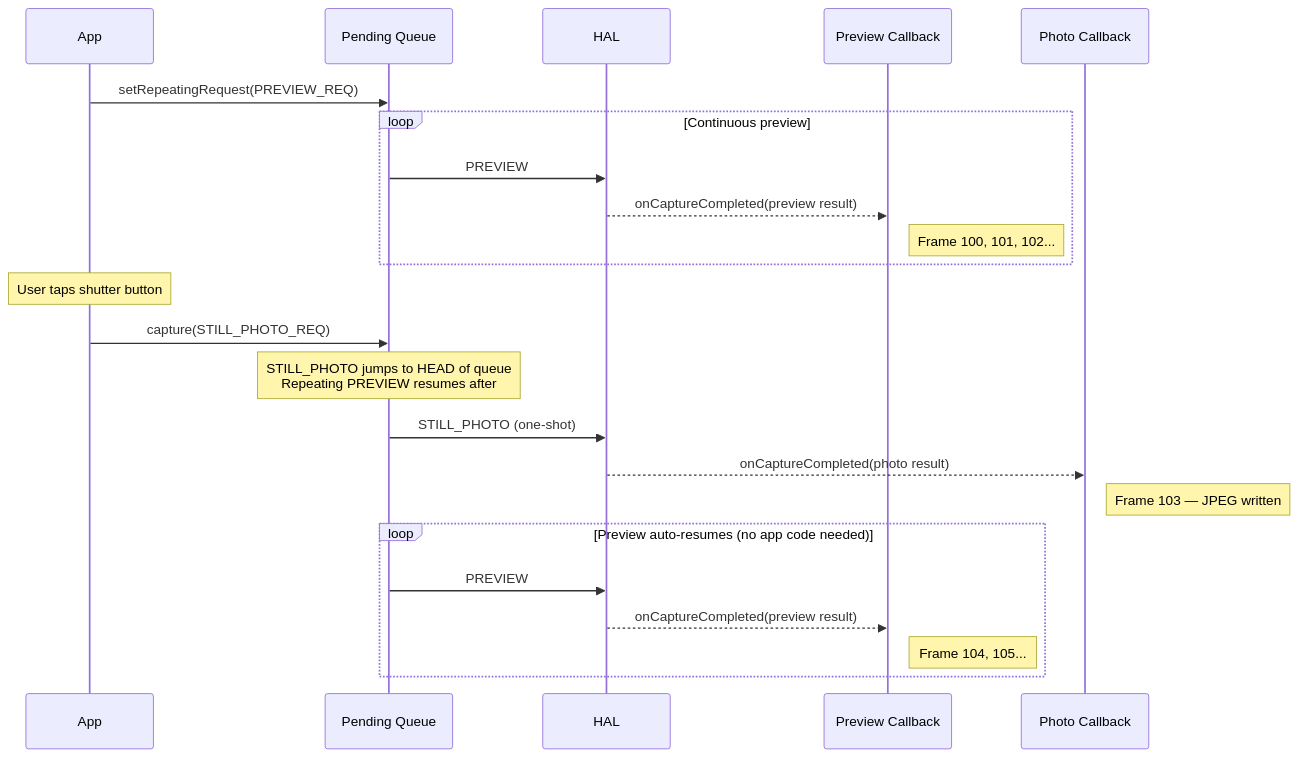
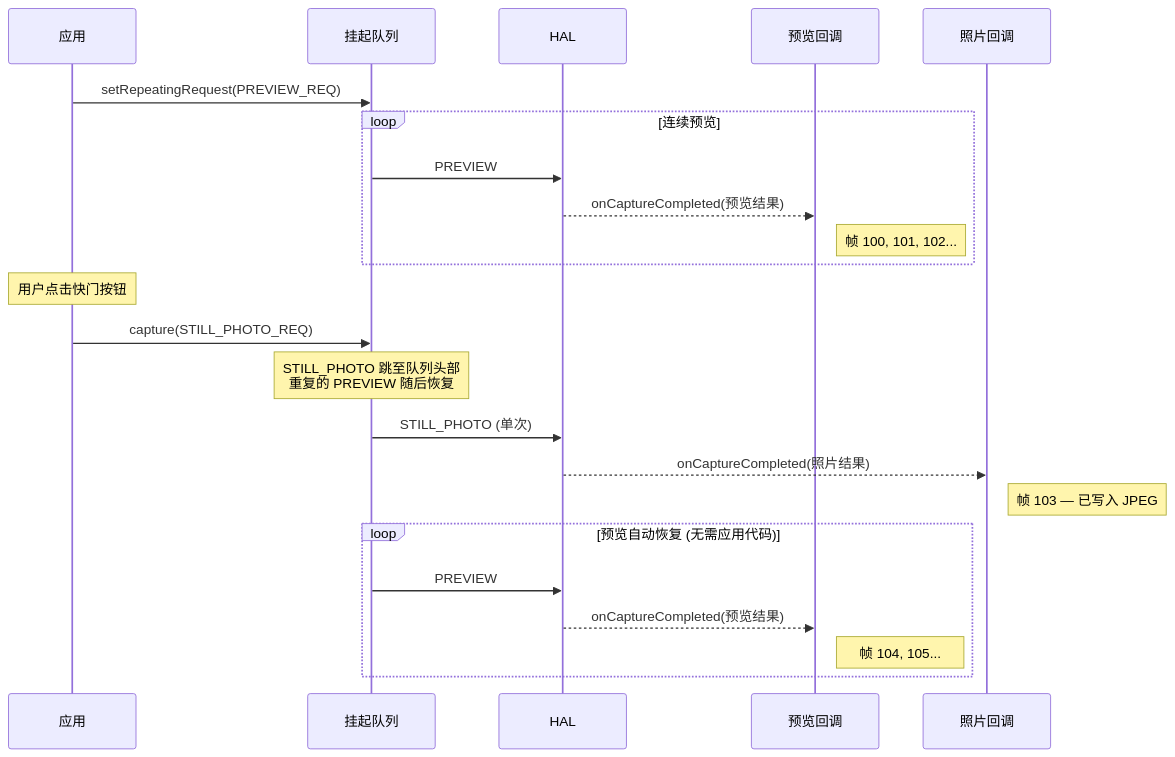
The first of 6 diagrams in website/i18n/zh-Hans/docusaurus-plugin-content-docs/current/camera2/capture-types.md (zoozooll/AndroidCameraParameters), drawn with Mermaid before and after one commit. The commit also changed other lines of this file and 378 other files, not shown here.

````diff
--- a/website/i18n/zh-Hans/docusaurus-plugin-content-docs/current/camera2/capture-types.md
+++ b/website/i18n/zh-Hans/docusaurus-plugin-content-docs/current/camera2/capture-types.md
@@ -63,29 +63,29 @@
 ```mermaid
 sequenceDiagram
-    participant App
-    participant Queue as Pending Queue
+    participant App as 应用
+    participant Queue as 挂起队列
     participant HAL
-    participant Prev as Preview Callback
-    participant Photo as Photo Callback
+    participant Prev as 预览回调
+    participant Photo as 照片回调
 
     App->>Queue: setRepeatingRequest(PREVIEW_REQ)
-    loop Continuous preview
+    loop 连续预览
         Queue->>HAL: PREVIEW
-        HAL-->>Prev: onCaptureCompleted(preview result)
-        Note right of Prev: Frame 100, 101, 102...
+        HAL-->>Prev: onCaptureCompleted(预览结果)
+        Note right of Prev: 帧 100, 101, 102...
     end
 
-    Note over App: User taps shutter button
+    Note over App: 用户点击快门按钮
     App->>Queue: capture(STILL_PHOTO_REQ)
-    Note over Queue: STILL_PHOTO jumps to HEAD of queue<br/>Repeating PREVIEW resumes after
+    Note over Queue: STILL_PHOTO 跳至队列头部<br/>重复的 PREVIEW 随后恢复
 
-    Queue->>HAL: STILL_PHOTO (one-shot)
-    HAL-->>Photo: onCaptureCompleted(photo result)
-    Note right of Photo: Frame 103 — JPEG written
+    Queue->>HAL: STILL_PHOTO (单次)
+    HAL-->>Photo: onCaptureCompleted(照片结果)
+    Note right of Photo: 帧 103 — 已写入 JPEG
 
-    loop Preview auto-resumes (no app code needed)
+    loop 预览自动恢复 (无需应用代码)
         Queue->>HAL: PREVIEW
-        HAL-->>Prev: onCaptureCompleted(preview result)
-        Note right of Prev: Frame 104, 105...
+        HAL-->>Prev: onCaptureCompleted(预览结果)
+        Note right of Prev: 帧 104, 105...
     end
 ```
````
